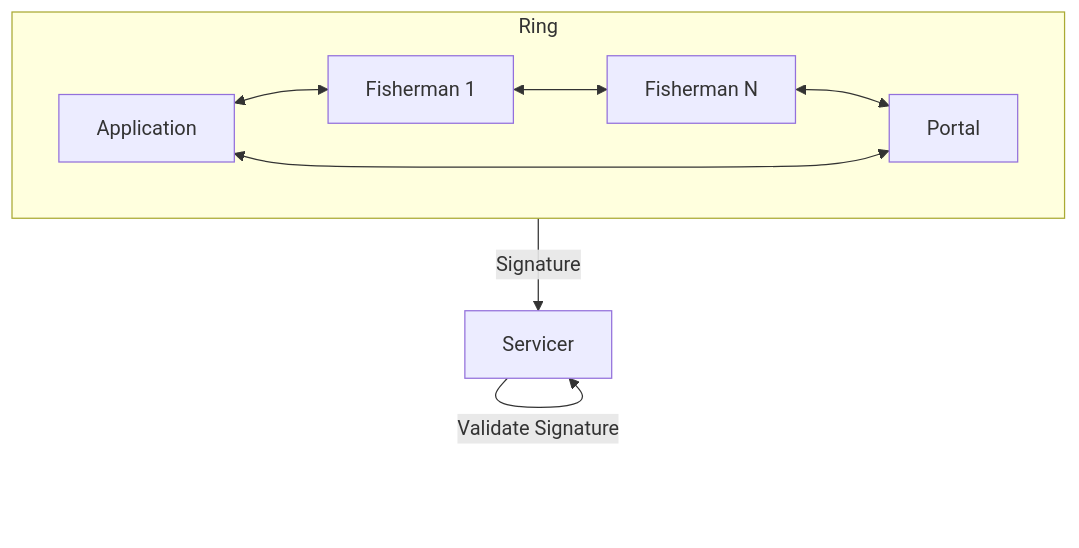
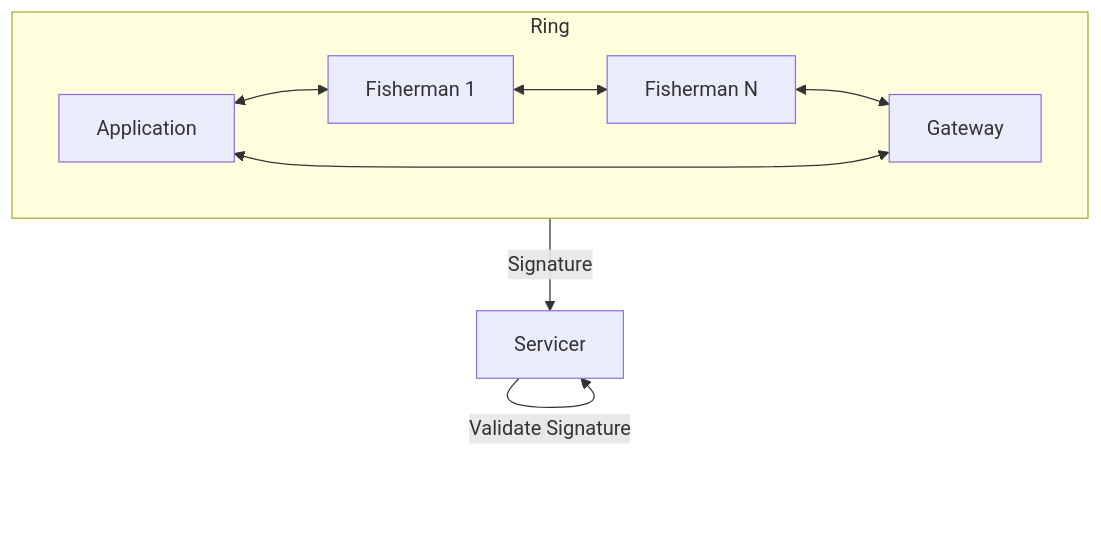
Before and after one commit to pokt-network/pocket-network-protocol: the seventh of 16 diagrams in utility/README.md, drawn with Mermaid. The commit also changed other lines of this file and 1 other file, not shown here.

First line of the commit message:
Rename `Portal` to `Gateway` (#47)

````diff
--- a/utility/README.md
+++ b/utility/README.md
@@ -572,11 +572,11 @@
 ```mermaid
 flowchart
     subgraph Ring
         Application <--> F1["Fisherman 1"]
         F1 <--> F2["Fisherman N"]
-        F2 <--> Portal
-        Portal <--> Application
+        F2 <--> Gateway
+        Gateway <--> Application
     end
     Ring --Signature--> Servicer
     Servicer--Validate Signature-->Servicer
 ```
````
